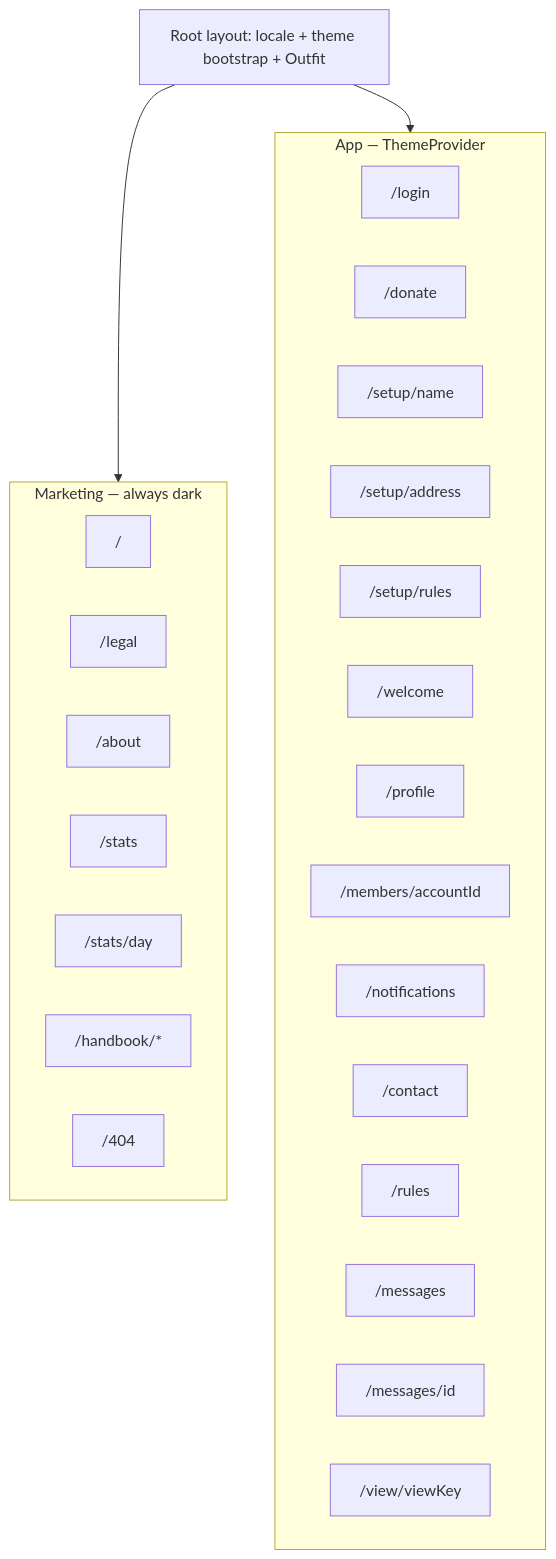
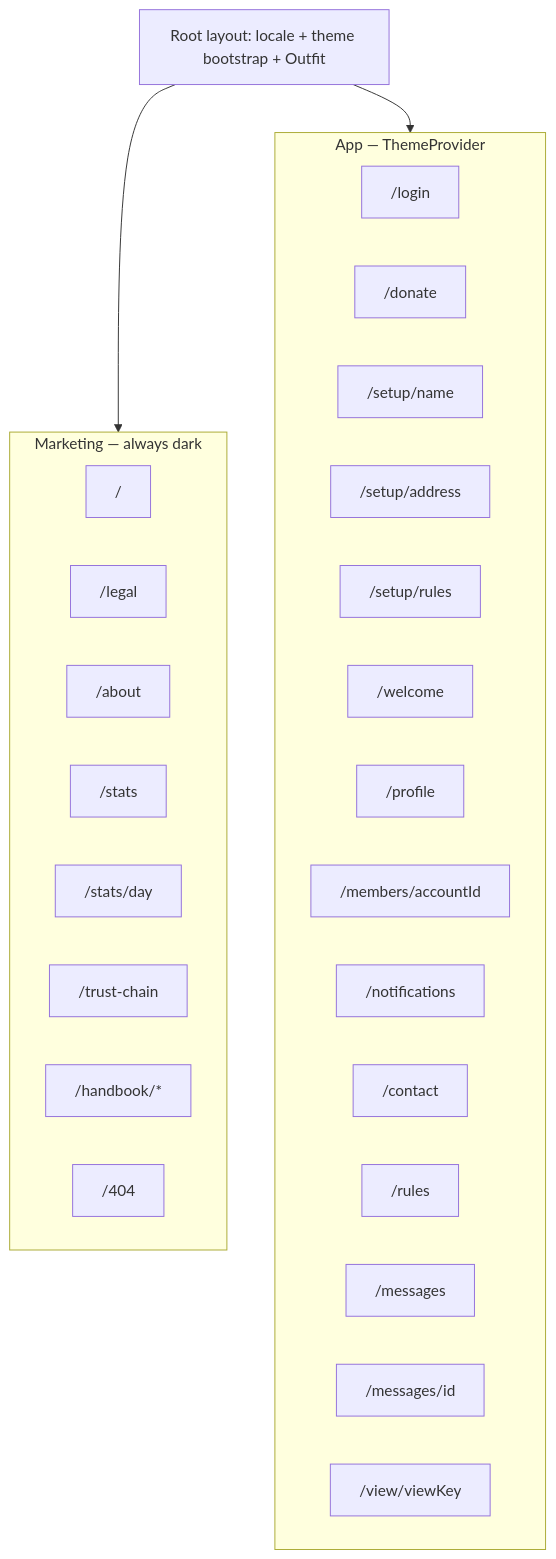
One commit to 21gifts/app changed the second of 3 diagrams in docs/ui.md. Above: the diagram before and after it, drawn with Mermaid. The commit also changed other lines of this file and 1 other file, not shown here.

First line of the commit message:
Document Trust Chain in the living design system

````diff
--- a/docs/ui.md
+++ b/docs/ui.md
@@ -336,31 +336,32 @@
 ```mermaid
 flowchart TB
   subgraph mkt [Marketing — always dark]
     R["/"]
     L["/legal"]
     A["/about"]
     S["/stats"]
     SD["/stats/day"]
+    TC["/trust-chain"]
     H["/handbook/*"]
     F["/404"]
   end
   subgraph app [App — ThemeProvider]
     LI["/login"]
     DO["/donate"]
     SN["/setup/name"]
     SA["/setup/address"]
     SR["/setup/rules"]
     W["/welcome"]
     P["/profile"]
     MEM["/members/accountId"]
     N["/notifications"]
     C["/contact"]
     RU["/rules"]
     IN["/messages"]
     MID["/messages/id"]
     V["/view/viewKey"]
   end
   root[Root layout: locale + theme bootstrap + Outfit]
   root --> mkt
   root --> app
 ```
````
